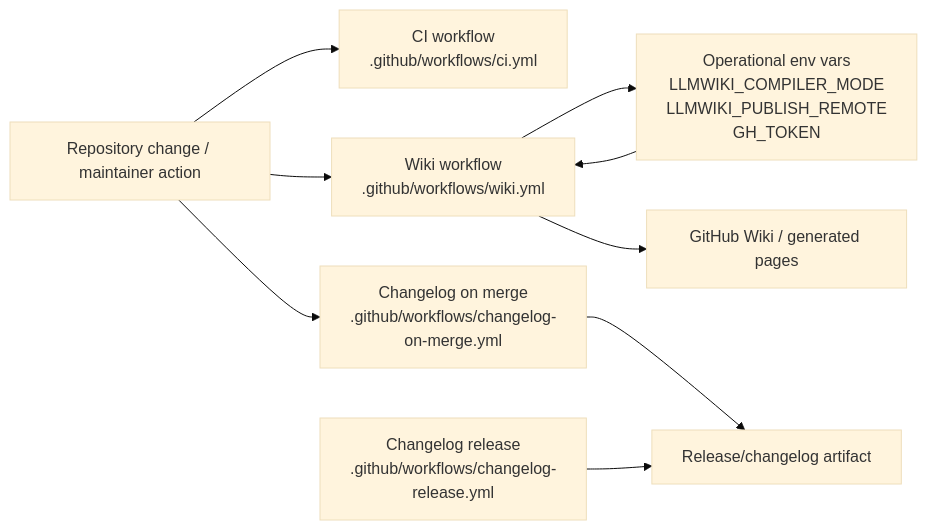
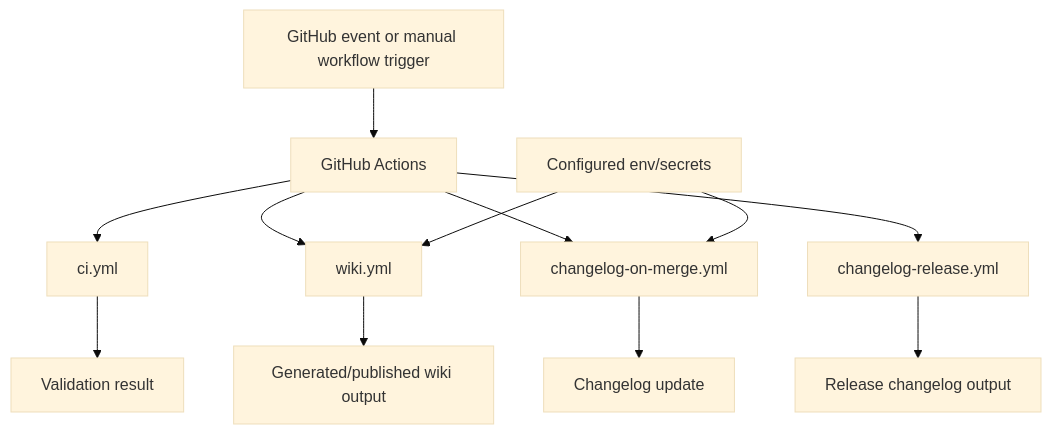
One commit to mfittko/repo-wiki changed the fourth of 4 diagrams in Architecture.md. Above: the diagram before and after it, drawn with Mermaid (base theme). The commit also changed other lines of this file and 46 other files, not shown here.

Commit message:
Compile repository wiki 2026-06-13T00:19:17.893Z

````diff
--- a/Architecture.md
+++ b/Architecture.md
@@ -269,20 +213,17 @@
 ```mermaid
-flowchart LR
-    Change["Repository change / maintainer action"]
-    CI["CI workflow<br/>.github/workflows/ci.yml"]
-    WikiWF["Wiki workflow<br/>.github/workflows/wiki.yml"]
-    ChangelogMerge["Changelog on merge<br/>.github/workflows/changelog-on-merge.yml"]
-    ChangelogRelease["Changelog release<br/>.github/workflows/changelog-release.yml"]
-    Env["Operational env vars<br/>LLMWIKI_COMPILER_MODE<br/>LLMWIKI_PUBLISH_REMOTE<br/>GH_TOKEN"]
-    Wiki["GitHub Wiki / generated pages"]
-    Release["Release/changelog artifact"]
+flowchart TB
+    Event["GitHub event or manual workflow trigger"] --> Actions["GitHub Actions"]
 
-    Change --> CI
-    Change --> WikiWF
-    Change --> ChangelogMerge
-    WikiWF --> Env
-    Env --> WikiWF
-    WikiWF --> Wiki
-    ChangelogMerge --> Release
-    ChangelogRelease --> Release
+    Actions --> CI["ci.yml"]
+    Actions --> Wiki["wiki.yml"]
+    Actions --> MergeChangelog["changelog-on-merge.yml"]
+    Actions --> ReleaseChangelog["changelog-release.yml"]
+
+    Env["Configured env/secrets"] --> Wiki
+    Env --> MergeChangelog
+
+    CI --> Validation["Validation result"]
+    Wiki --> WikiArtifact["Generated/published wiki output"]
+    MergeChangelog --> ChangelogUpdate["Changelog update"]
+    ReleaseChangelog --> ReleaseChangelogOutput["Release changelog output"]
 ```
````
